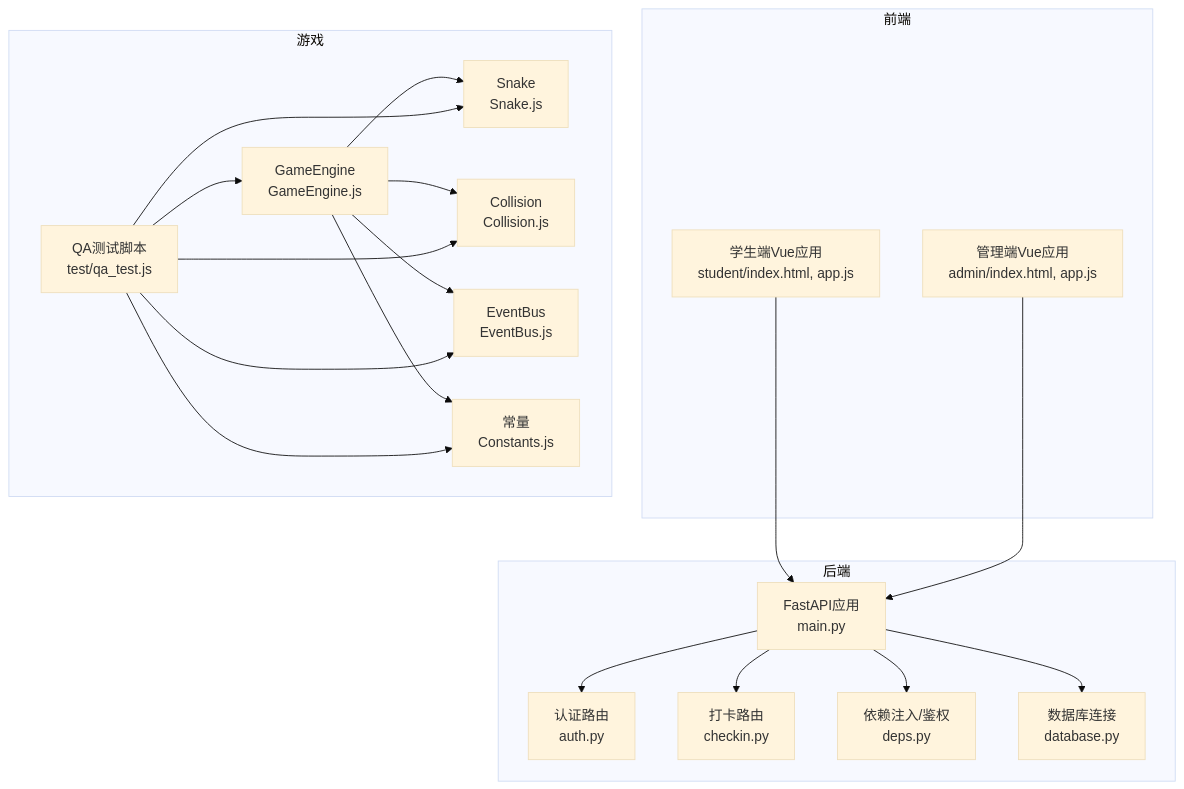
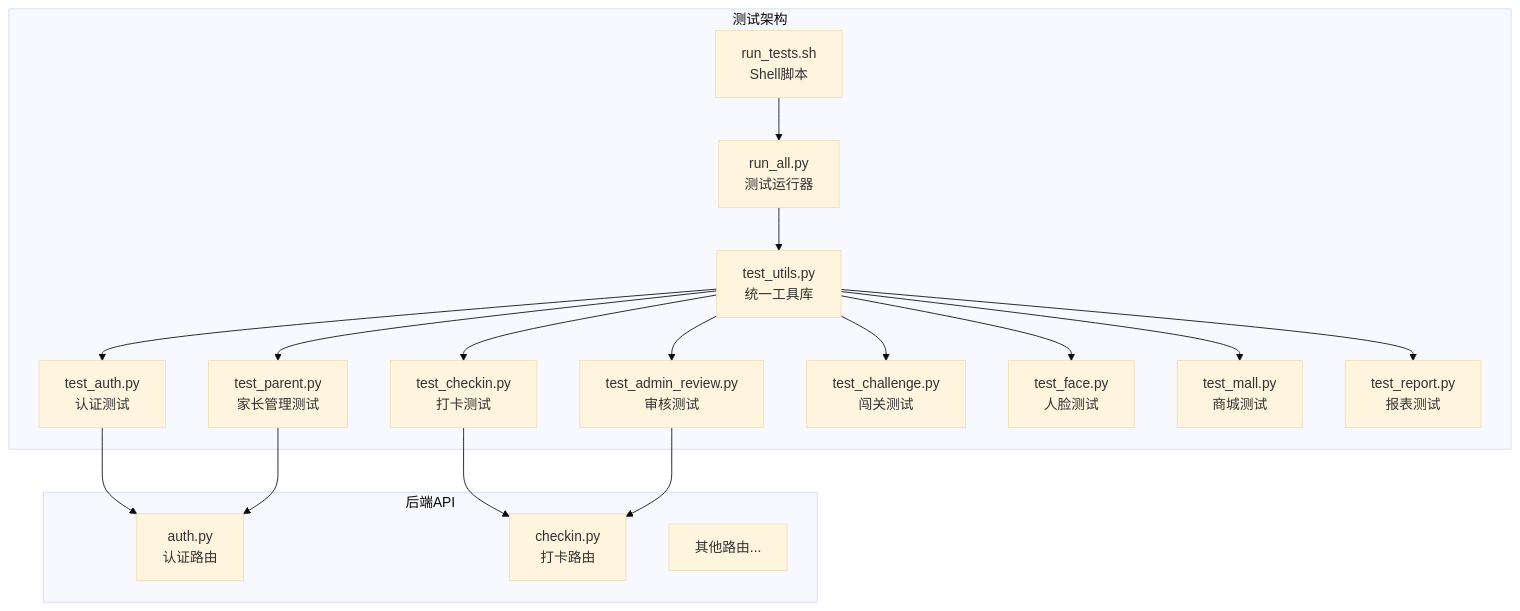
One commit to onebody/homework changed the first of 8 diagrams in .qoder/repowiki/zh/content/测试策略.md. Above: the diagram before and after it, drawn with Mermaid (base theme). The commit also changed other lines of this file and 15 other files, not shown here.

````diff
--- a/.qoder/repowiki/zh/content/测试策略.md
+++ b/.qoder/repowiki/zh/content/测试策略.md
@@ -44,37 +51,35 @@
 ```mermaid
 graph TB
-subgraph "后端"
-A["FastAPI应用<br/>main.py"]
-B["认证路由<br/>auth.py"]
-C["打卡路由<br/>checkin.py"]
-D["依赖注入/鉴权<br/>deps.py"]
-E["数据库连接<br/>database.py"]
+subgraph "测试架构"
+A["test_utils.py<br/>统一工具库"]
+B["test_auth.py<br/>认证测试"]
+C["test_parent.py<br/>家长管理测试"]
+D["test_checkin.py<br/>打卡测试"]
+E["test_admin_review.py<br/>审核测试"]
+F["test_challenge.py<br/>闯关测试"]
+G["test_face.py<br/>人脸测试"]
+H["test_mall.py<br/>商城测试"]
+I["test_report.py<br/>报表测试"]
+J["run_all.py<br/>测试运行器"]
+K["run_tests.sh<br/>Shell脚本"]
 end
-subgraph "前端"
-F["学生端Vue应用<br/>student/index.html, app.js"]
-G["管理端Vue应用<br/>admin/index.html, app.js"]
-end
-subgraph "游戏"
-H["GameEngine<br/>GameEngine.js"]
-I["Snake<br/>Snake.js"]
-J["Collision<br/>Collision.js"]
-K["EventBus<br/>EventBus.js"]
-L["常量<br/>Constants.js"]
-M["QA测试脚本<br/>test/qa_test.js"]
+subgraph "后端API"
+L["auth.py<br/>认证路由"]
+M["checkin.py<br/>打卡路由"]
+N["其他路由..."]
 end
 A --> B
 A --> C
 A --> D
 A --> E
-F --> A
-G --> A
-H --> I
-H --> J
-H --> K
-H --> L
-M --> H
-M --> I
-M --> J
-M --> K
-M --> L
+A --> F
+A --> G
+A --> H
+A --> I
+J --> A
+K --> J
+B --> L
+C --> L
+D --> M
+E --> M
 ```
````
